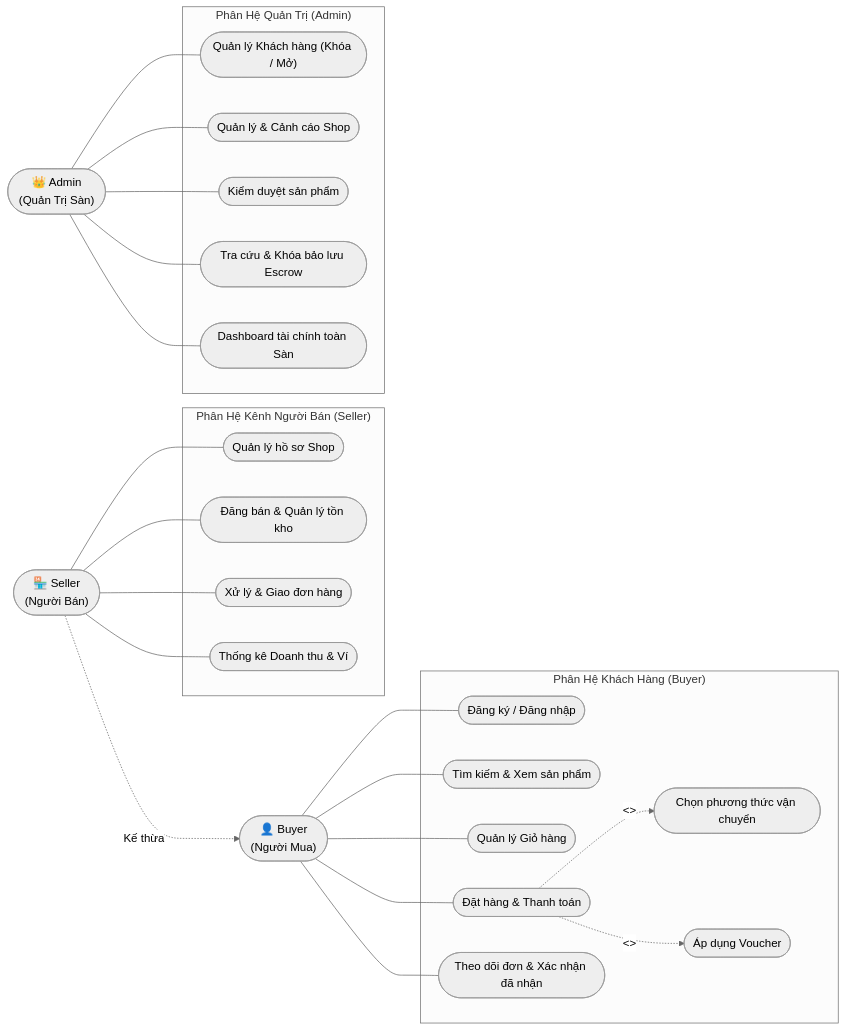
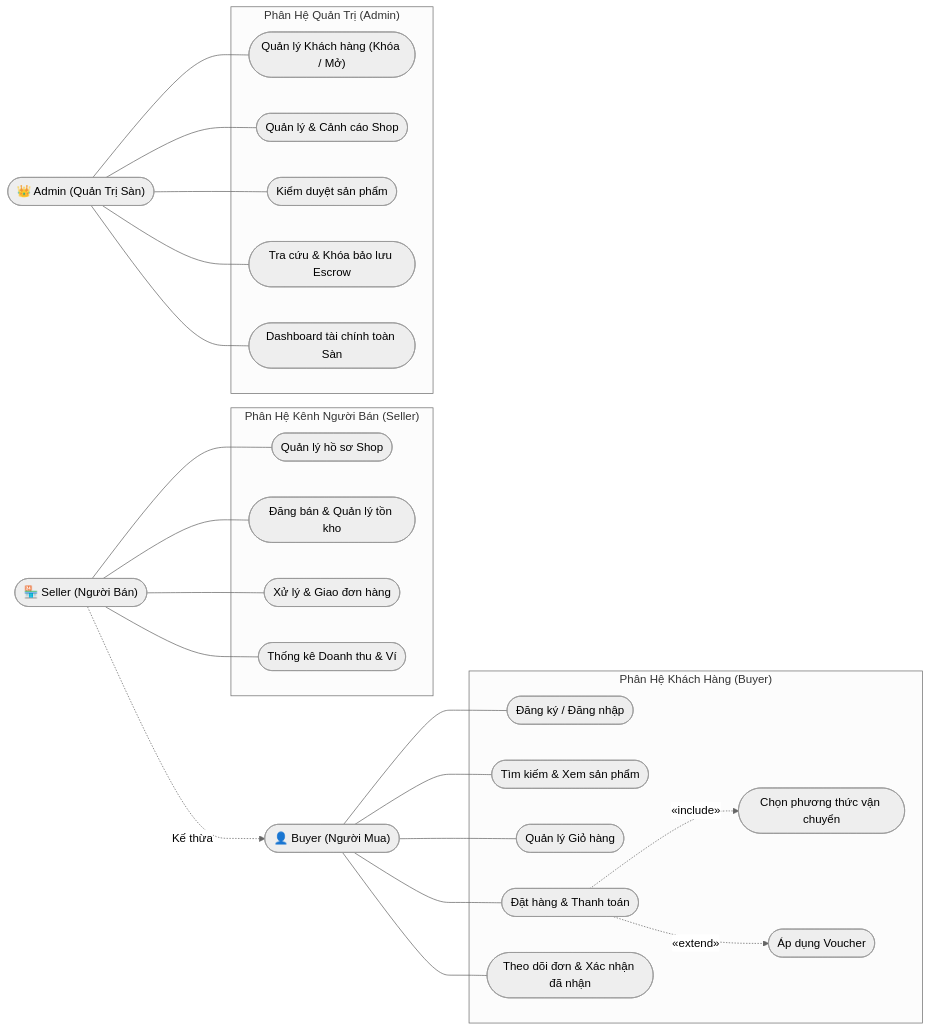
One commit to nducanhh0402/JML changed the diagram in README.md. Above: the diagram before and after it, drawn with Mermaid (neutral theme). The commit also changed other lines of this file, not shown here.

````diff
--- a/README.md
+++ b/README.md
@@ -27,53 +31,53 @@
 ```mermaid
 flowchart LR
-    Buyer(["👤 Buyer<br>(Người Mua)"])
-    Seller(["🏪 Seller<br>(Người Bán)"])
-    Admin(["👑 Admin<br>(Quản Trị Sàn)"])
+    Buyer(["👤 Buyer (Người Mua)"])
+    Seller(["🏪 Seller (Người Bán)"])
+    Admin(["👑 Admin (Quản Trị Sàn)"])
 
-    Seller -.->|Kế thừa| Buyer
+    Seller -.->|"Kế thừa"| Buyer
 
     subgraph UC_Buyer ["Phân Hệ Khách Hàng (Buyer)"]
         UC_Auth1(["Đăng ký / Đăng nhập"])
         UC_Search(["Tìm kiếm & Xem sản phẩm"])
         UC_Cart(["Quản lý Giỏ hàng"])
         UC_Checkout(["Đặt hàng & Thanh toán"])
         UC_Ship(["Chọn phương thức vận chuyển"])
         UC_Voucher(["Áp dụng Voucher"])
         UC_Track(["Theo dõi đơn & Xác nhận đã nhận"])
 
-        UC_Checkout -.->|<<include>>| UC_Ship
-        UC_Checkout -.->|<<extend>>| UC_Voucher
+        UC_Checkout -.->|"«include»"| UC_Ship
+        UC_Checkout -.->|"«extend»"| UC_Voucher
     end
 
     subgraph UC_Seller ["Phân Hệ Kênh Người Bán (Seller)"]
         UC_ShopInfo(["Quản lý hồ sơ Shop"])
         UC_ProductCRUD(["Đăng bán & Quản lý tồn kho"])
         UC_OrderSeller(["Xử lý & Giao đơn hàng"])
         UC_SellerDash(["Thống kê Doanh thu & Ví"])
     end
 
     subgraph UC_Admin ["Phân Hệ Quản Trị (Admin)"]
         UC_CustAdmin(["Quản lý Khách hàng (Khóa / Mở)"])
         UC_ShopAdmin(["Quản lý & Cảnh cáo Shop"])
         UC_Approve(["Kiểm duyệt sản phẩm"])
         UC_Escrow(["Tra cứu & Khóa bảo lưu Escrow"])
         UC_AdminDash(["Dashboard tài chính toàn Sàn"])
     end
 
     Buyer --- UC_Auth1
     Buyer --- UC_Search
     Buyer --- UC_Cart
     Buyer --- UC_Checkout
     Buyer --- UC_Track
 
     Seller --- UC_ShopInfo
     Seller --- UC_ProductCRUD
     Seller --- UC_OrderSeller
     Seller --- UC_SellerDash
 
     Admin --- UC_CustAdmin
     Admin --- UC_ShopAdmin
     Admin --- UC_Approve
     Admin --- UC_Escrow
     Admin --- UC_AdminDash
 ```
````
